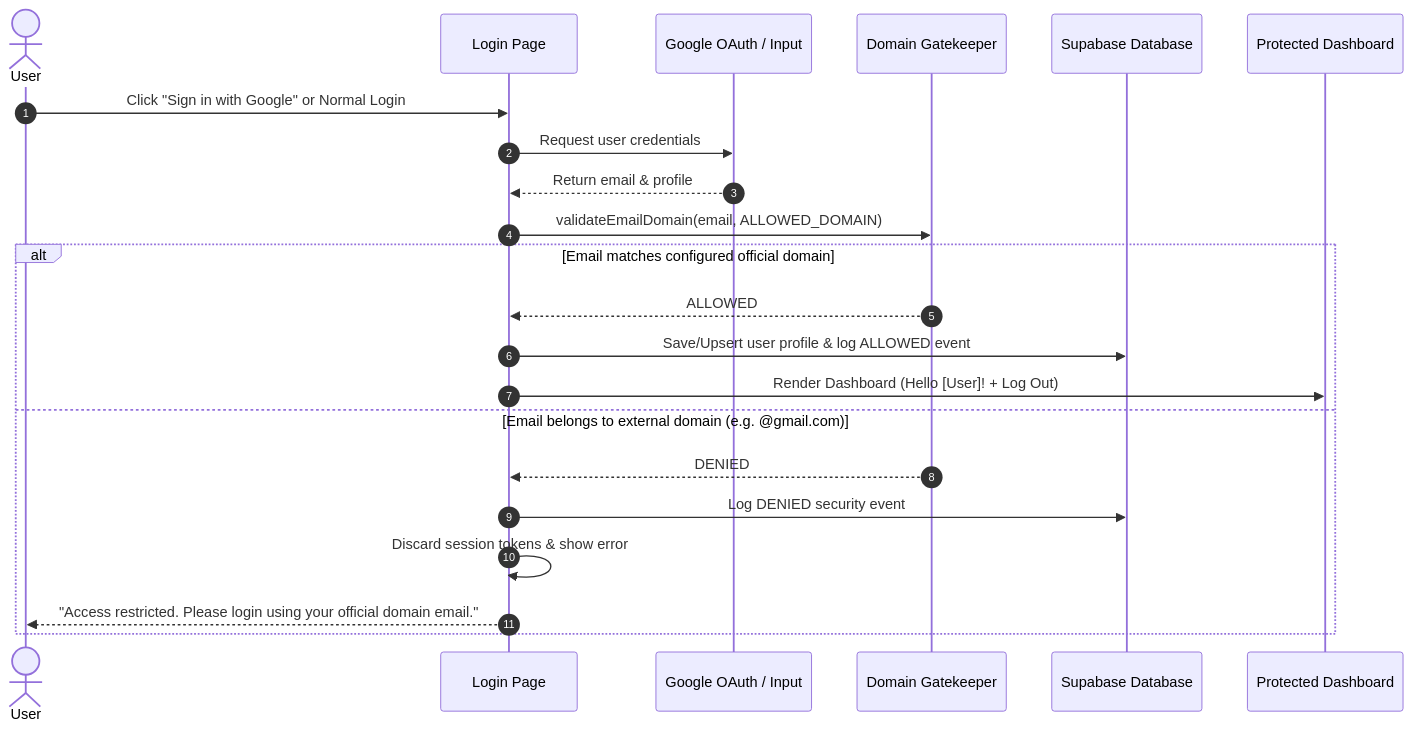
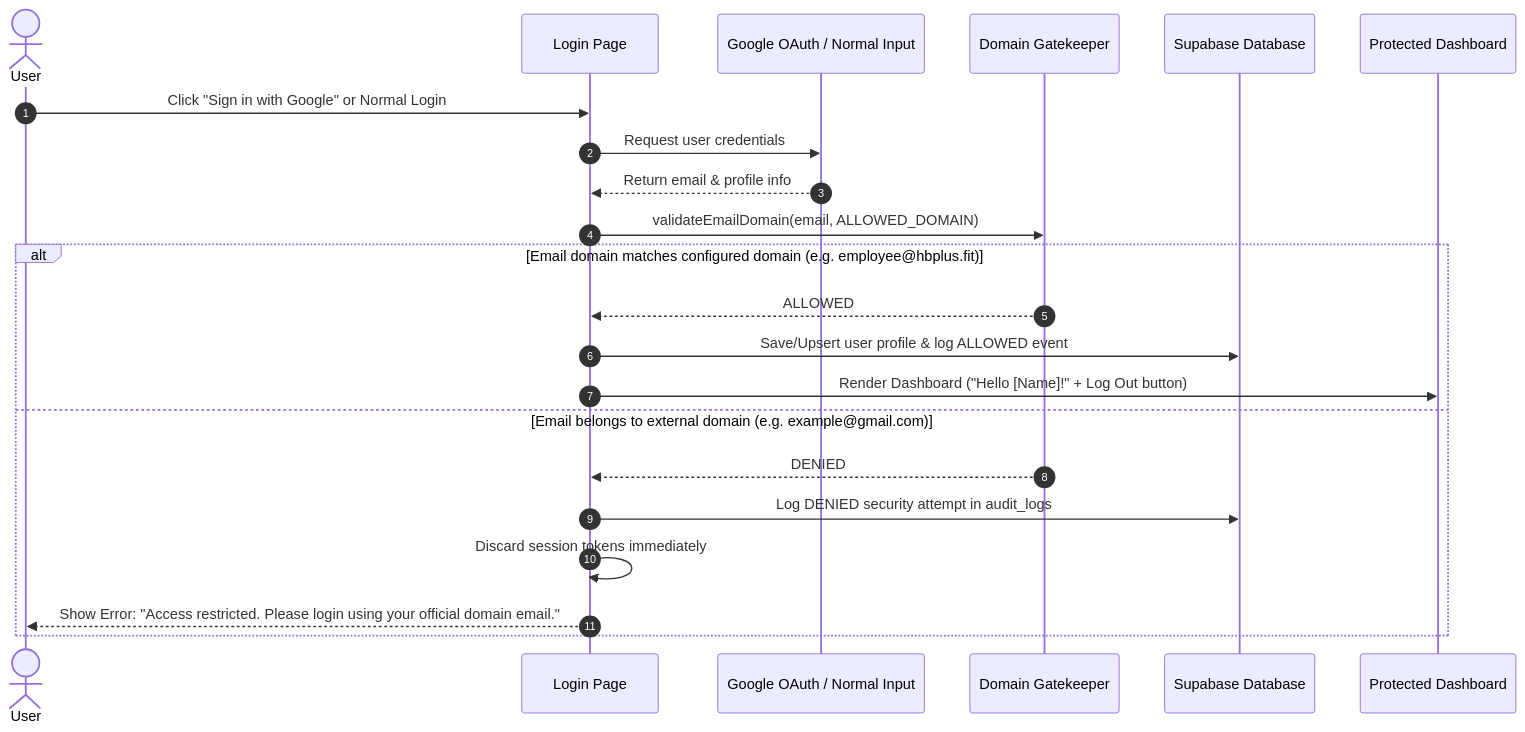
The diagram in README.md (jackofallcodes5/hbplus-assignment), drawn with Mermaid before and after one commit. The commit also changed other lines of this file, not shown here.

````diff
--- a/README.md
+++ b/README.md
@@ -27,26 +103,26 @@
 ```mermaid
 sequenceDiagram
     autonumber
     actor User
     participant UI as Login Page
-    participant OAuth as Google OAuth / Input
+    participant OAuth as Google OAuth / Normal Input
     participant Gatekeeper as Domain Gatekeeper
     participant Supabase as Supabase Database
     participant Dashboard as Protected Dashboard
 
     User->>UI: Click "Sign in with Google" or Normal Login
     UI->>OAuth: Request user credentials
-    OAuth-->>UI: Return email & profile
+    OAuth-->>UI: Return email & profile info
     UI->>Gatekeeper: validateEmailDomain(email, ALLOWED_DOMAIN)
 
-    alt Email matches configured official domain
+    alt Email domain matches configured domain (e.g. employee@hbplus.fit)
         Gatekeeper-->>UI: ALLOWED
         UI->>Supabase: Save/Upsert user profile & log ALLOWED event
-        UI->>Dashboard: Render Dashboard (Hello [User]! + Log Out)
-    else Email belongs to external domain (e.g. @gmail.com)
+        UI->>Dashboard: Render Dashboard ("Hello [Name]!" + Log Out button)
+    else Email belongs to external domain (e.g. example@gmail.com)
         Gatekeeper-->>UI: DENIED
-        UI->>Supabase: Log DENIED security event
-        UI->>UI: Discard session tokens & show error
-        UI-->>User: "Access restricted. Please login using your official domain email."
+        UI->>Supabase: Log DENIED security attempt in audit_logs
+        UI->>UI: Discard session tokens immediately
+        UI-->>User: Show Error: "Access restricted. Please login using your official domain email."
     end
 ```
````
